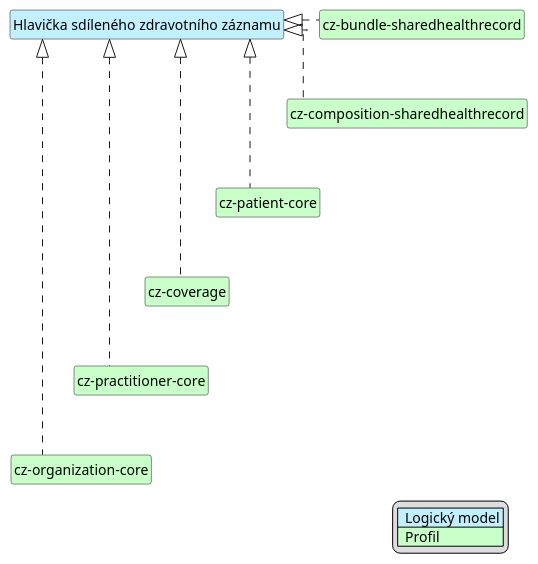
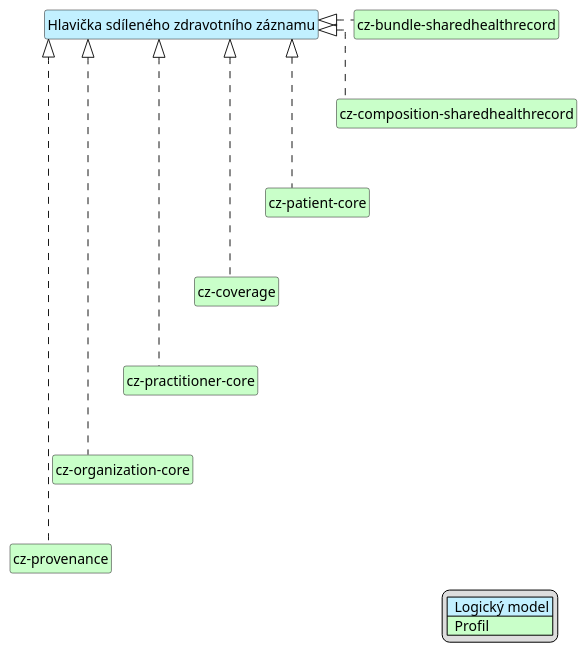
Before and after one commit to HL7-cz/szz: the diagram in input/images-source/szzHead-map-cs.plantuml, drawn with PlantUML. The commit also changed 17 other files, not shown here.

```diff
--- a/input/images-source/szzHead-map-cs.plantuml
+++ b/input/images-source/szzHead-map-cs.plantuml
@@ -1,36 +1,39 @@
 @startuml
 hide circle
 hide stereotype
 hide members
 hide methods
 skinparam linetype ortho
 skinparam class {
 BackgroundColor<<LogicalModel>> #APPLICATION
 BackgroundColor<<Profile>> #TECHNOLOGY
 }
 legend right
 | <#APPLICATION>  Logický model |
 | <#TECHNOLOGY>  Profil |
 endlegend
 class "Hlavička sdíleného zdravotního záznamu" <<LogicalModel>> [[StructureDefinition-HeaderSzzCz.html]]
 
 class "cz-organization-core" <<Profile>> [[https://build.fhir.org/ig/HL7-cz/cz-core/StructureDefinition-cz-organization-core.html]]
 class "cz-coverage" <<Profile>> [[https://build.fhir.org/ig/HL7-cz/cz-core/StructureDefinition-cz-coverage.html]]
 class "cz-patient-core" <<Profile>> [[https://build.fhir.org/ig/HL7-cz/cz-core/StructureDefinition-cz-patient-core.html]]
 class "cz-practitioner-core" <<Profile>> [[https://build.fhir.org/ig/HL7-cz/cz-core/StructureDefinition-cz-practitioner-core.html]]
 class "cz-bundle-sharedhealthrecord" <<Profile>> [[StructureDefinition-cz-bundle-sharedhealthrecord.html]]
 class "cz-composition-sharedhealthrecord" <<Profile>> [[StructureDefinition-cz-composition-sharedhealthrecord.html]]
+class "cz-provenance" <<Profile>> [[https://build.fhir.org/ig/HL7-cz/cz-core/StructureDefinition-cz-provenance.html]]
 
 "Hlavička sdíleného zdravotního záznamu" <|. "cz-composition-sharedhealthrecord"
 "Hlavička sdíleného zdravotního záznamu" <|. "cz-bundle-sharedhealthrecord"
 "Hlavička sdíleného zdravotního záznamu" <|. "cz-patient-core"
 "Hlavička sdíleného zdravotního záznamu" <|. "cz-coverage"
 "Hlavička sdíleného zdravotního záznamu" <|. "cz-practitioner-core"
 "Hlavička sdíleného zdravotního záznamu" <|. "cz-organization-core"
+"Hlavička sdíleného zdravotního záznamu" <|. "cz-provenance"
 
 "cz-bundle-sharedhealthrecord" -d[hidden]-> "cz-composition-sharedhealthrecord"
 "cz-composition-sharedhealthrecord" -d[hidden]-> "cz-patient-core"
 "cz-patient-core" -d[hidden]-> "cz-coverage"
 "cz-coverage" -d[hidden]-> "cz-practitioner-core"
 "cz-practitioner-core" -d[hidden]-> "cz-organization-core"
+"cz-organization-core" -d[hidden]-> "cz-provenance"
 @enduml
```
